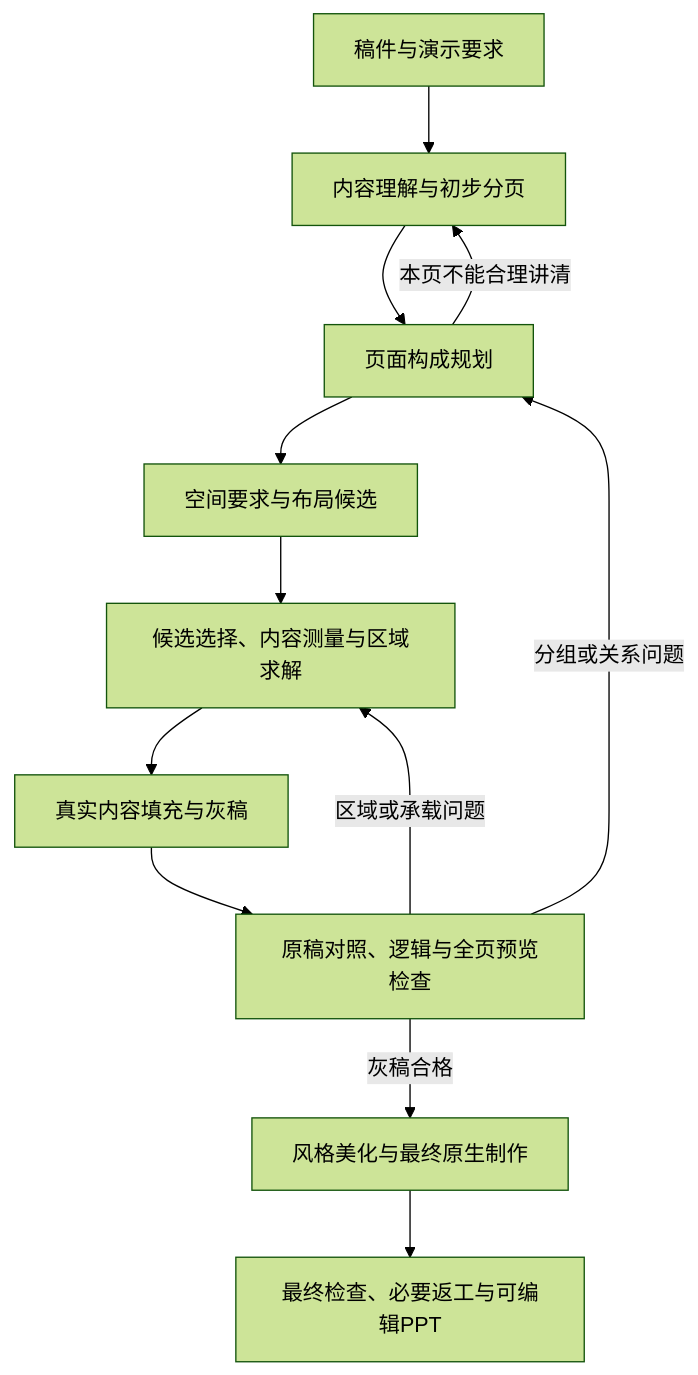
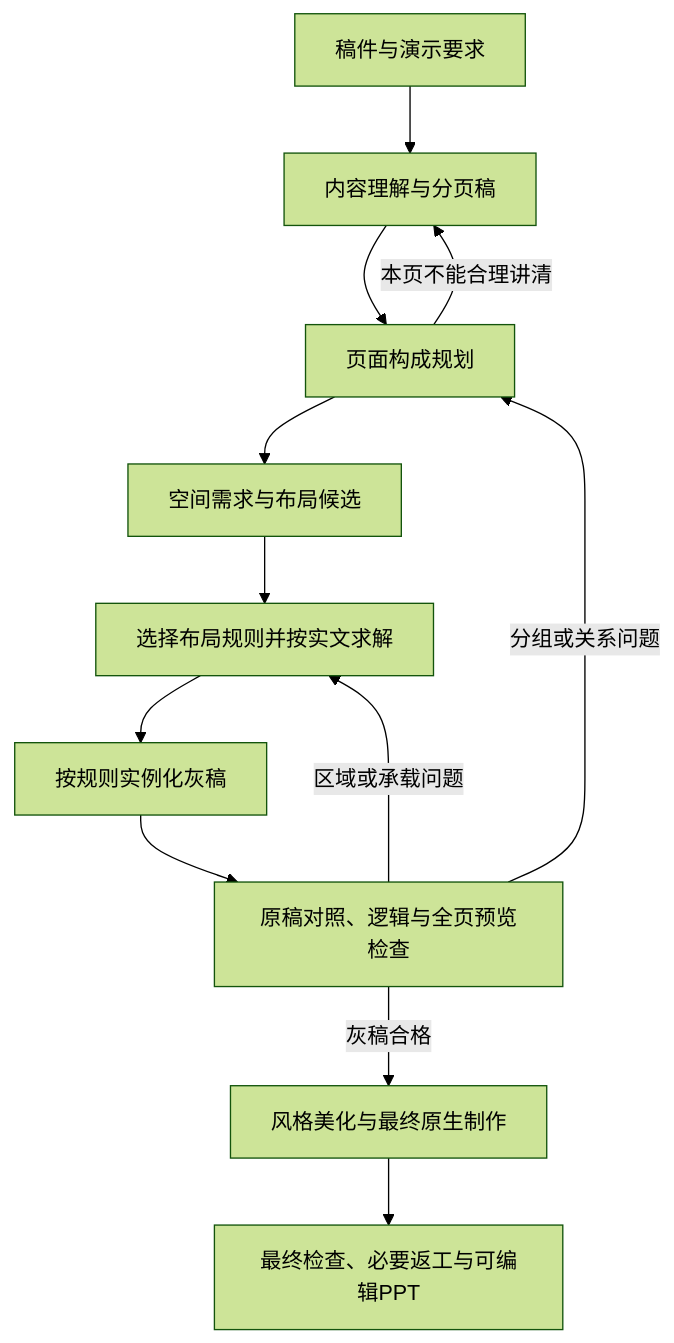
One commit to NEUwpy/PPagenT changed the diagram in docs/架构/页面构成与布局规范.md. Above: the diagram before and after it, drawn with Mermaid (forest theme). The commit also changed other lines of this file and 2 other files, not shown here.

````diff
--- a/docs/架构/页面构成与布局规范.md
+++ b/docs/架构/页面构成与布局规范.md
@@ -26,14 +26,14 @@
 ```mermaid
 flowchart TD
-    A[稿件与演示要求] --> B[内容理解与初步分页]
+    A[稿件与演示要求] --> B[内容理解与分页稿]
     B --> C[页面构成规划]
-    C --> D[空间要求与布局候选]
-    D --> E[候选选择、内容测量与区域求解]
-    E --> F[真实内容填充与灰稿]
+    C --> D[空间需求与布局候选]
+    D --> E[选择布局规则并按实文求解]
+    E --> F[按规则实例化灰稿]
     F --> G[原稿对照、逻辑与全页预览检查]
     G -->|区域或承载问题| E
     G -->|分组或关系问题| C
     C -->|本页不能合理讲清| B
     G -->|灰稿合格| H[风格美化与最终原生制作]
     H --> I[最终检查、必要返工与可编辑PPT]
 ```
````
